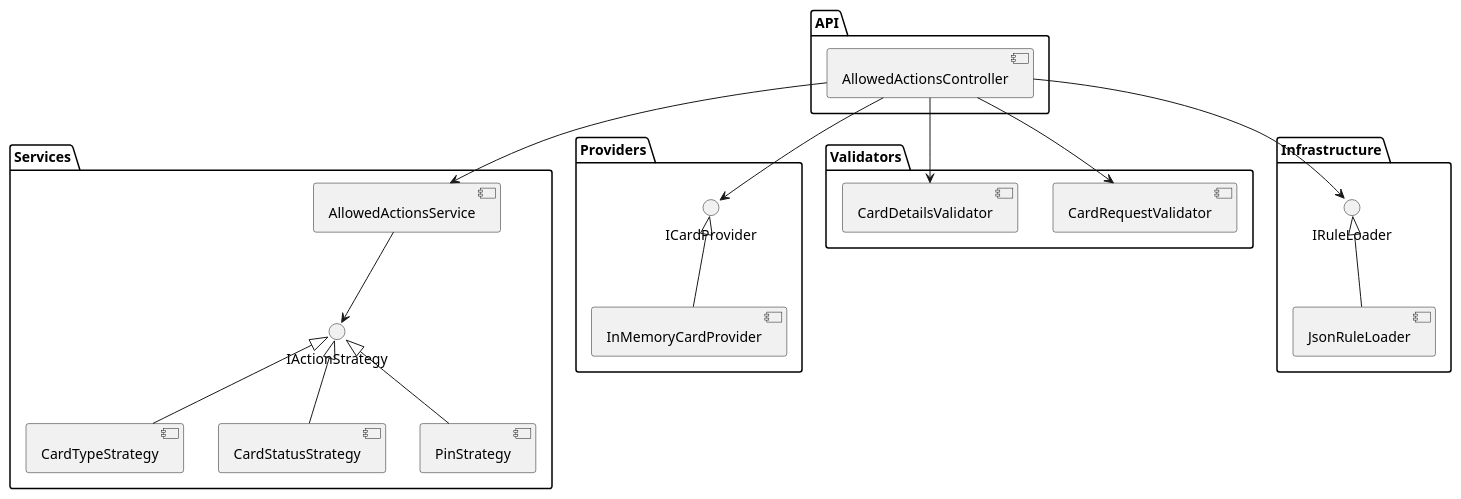
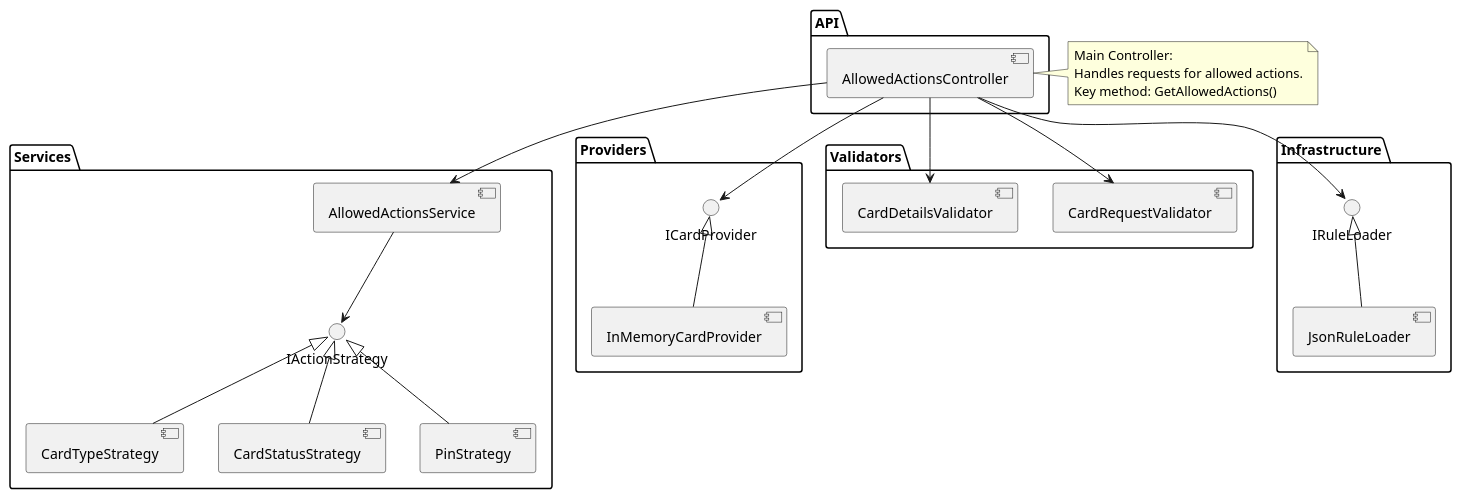
One commit to RusieckiRoland/CardActionMicroservice changed the diagram in CardActionMicroservice/Documents/DiagramsPlantUML/ComponentDiagram.PlantUML. Above: the diagram before and after it, drawn with PlantUML. The commit also changed 2 other files, not shown here.

Commit message:
Improved UML diagrams to better represent the system architecture and updated component relationships. Additionally, performed repository cleanup by removing unnecessary files.

```diff
--- a/CardActionMicroservice/Documents/DiagramsPlantUML/ComponentDiagram.PlantUML
+++ b/CardActionMicroservice/Documents/DiagramsPlantUML/ComponentDiagram.PlantUML
@@ -1,40 +1,46 @@
 @startuml
 package "API" {
     component AllowedActionsController
 }
 
 package "Services" {
     component AllowedActionsService
     interface IActionStrategy
     component CardTypeStrategy
     component CardStatusStrategy
     component PinStrategy
 }
 
 package "Providers" {
     interface ICardProvider
     component InMemoryCardProvider
 }
 
 package "Validators" {
     component CardRequestValidator
     component CardDetailsValidator
 }
 
 package "Infrastructure" {
     interface IRuleLoader
     component JsonRuleLoader
 }
 
+note right of AllowedActionsController
+    Main Controller:
+    Handles requests for allowed actions.
+    Key method: GetAllowedActions()
+end note
+
 AllowedActionsController --> AllowedActionsService
 AllowedActionsService --> IActionStrategy
 IActionStrategy <|-- CardTypeStrategy
 IActionStrategy <|-- CardStatusStrategy
 IActionStrategy <|-- PinStrategy
 AllowedActionsController --> ICardProvider
 ICardProvider <|-- InMemoryCardProvider
 AllowedActionsController --> CardRequestValidator
 AllowedActionsController --> CardDetailsValidator
 AllowedActionsController --> IRuleLoader
 IRuleLoader <|-- JsonRuleLoader
 @enduml
```
